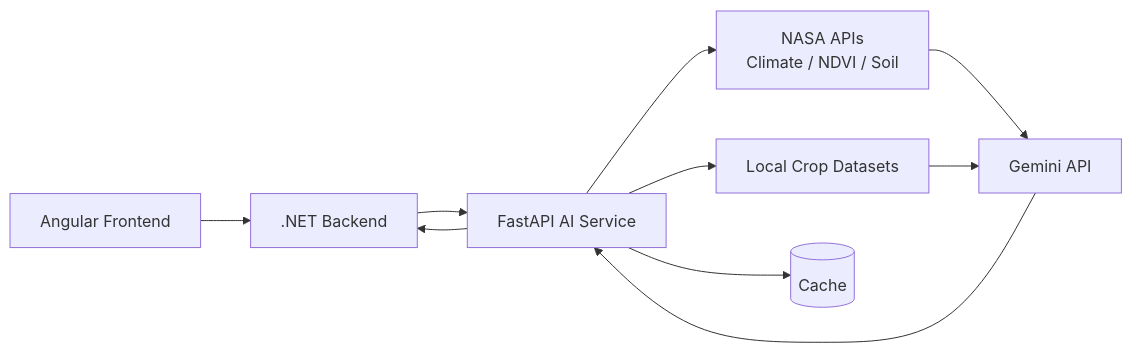
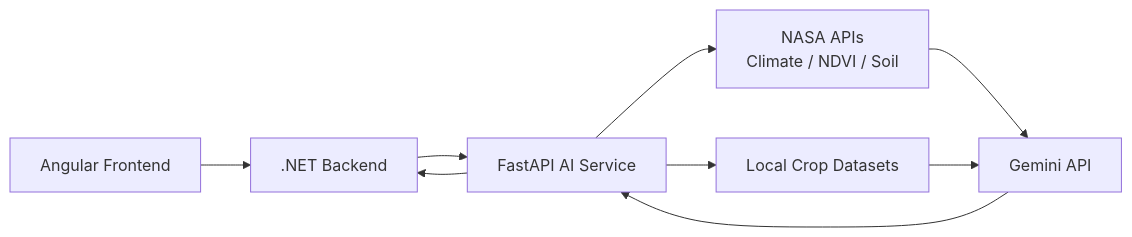
Before and after one commit to omar-reda123/crop-rotation-ai-recommendation: the diagram in README.md, drawn with Mermaid. The commit also changed other lines of this file, not shown here.

````diff
--- a/README.md
+++ b/README.md
@@ -34,12 +34,11 @@
 ```mermaid
 flowchart LR
     A[Angular Frontend] --> B[.NET Backend]
     B --> C[FastAPI AI Service]
     C --> D[NASA APIs<br/>Climate / NDVI / Soil]
     C --> E[Local Crop Datasets]
     D --> F[Gemini API]
     E --> F
     F --> C
-    C --> G[(Cache)]
     C --> B
 ```
````
